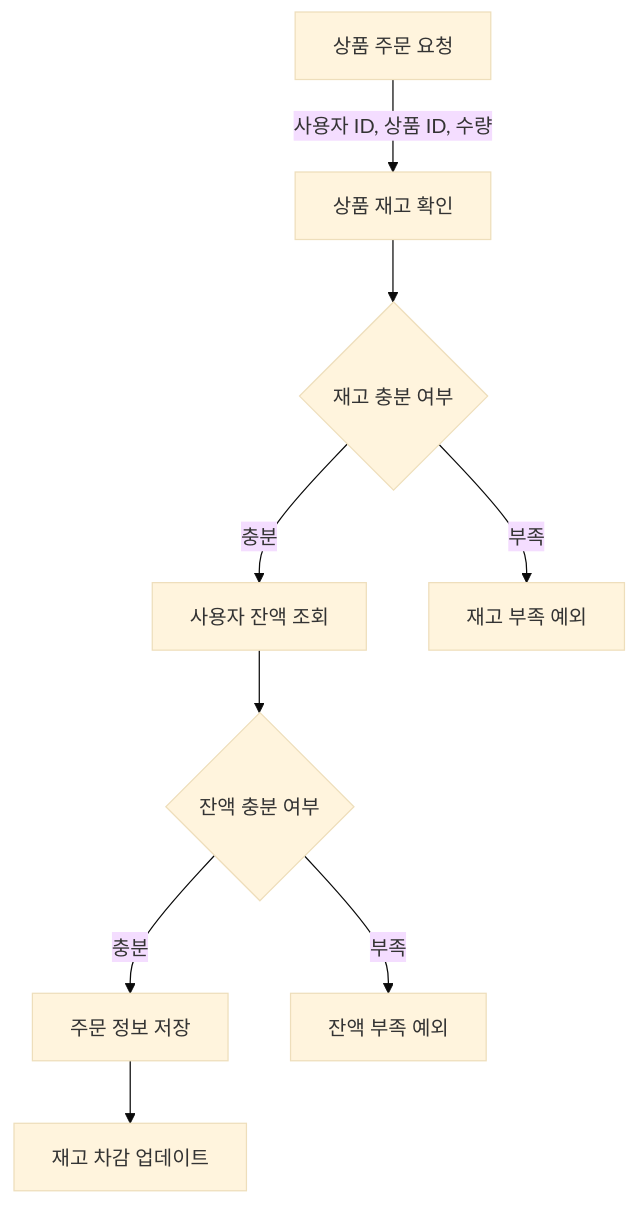
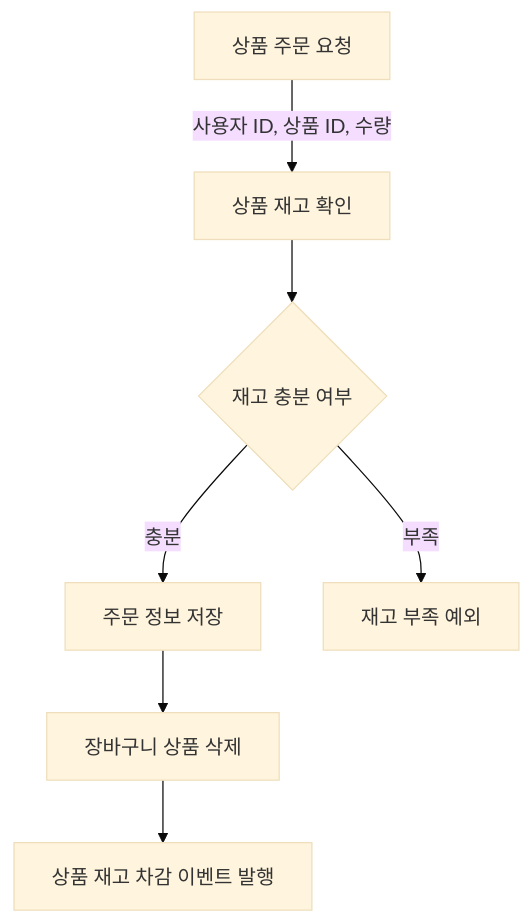
One commit to lgm1007/hhplus_ecommerce changed the fourth of 9 diagrams in docs/FLOW_CHART.md. Above: the diagram before and after it, drawn with Mermaid (base theme). The commit also changed other lines of this file and 1 other file, not shown here.

Commit message:
docs: 시퀀스 다이어그램, 플로우 차트 내용 수정

````diff
--- a/docs/FLOW_CHART.md
+++ b/docs/FLOW_CHART.md
@@ -45,11 +45,9 @@
 ```mermaid
 flowchart TD
     A[상품 주문 요청] --사용자 ID, 상품 ID, 수량--> B[상품 재고 확인]
     B --> C{재고 충분 여부}
-    C --충분--> D[사용자 잔액 조회]
+    C --충분--> D[주문 정보 저장]
     C --부족--> E[재고 부족 예외]
-    D --> F{잔액 충분 여부}
-    F --충분--> G[주문 정보 저장]
-    F --부족--> H[잔액 부족 예외]
-    G --> I[재고 차감 업데이트]
+    D --> F[장바구니 상품 삭제]
+    F --> G[상품 재고 차감 이벤트 발행]
 ```
````
